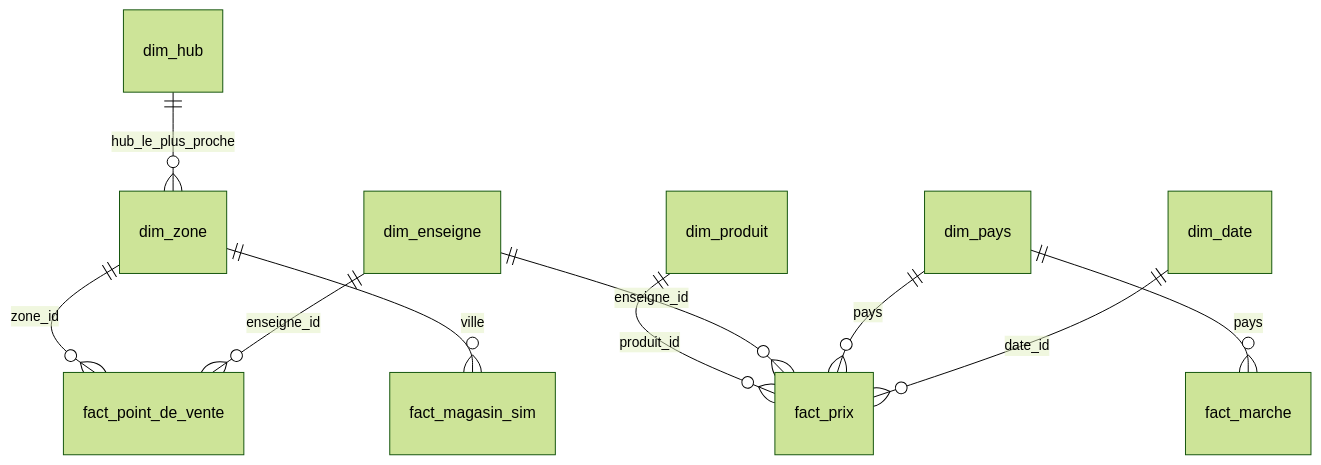
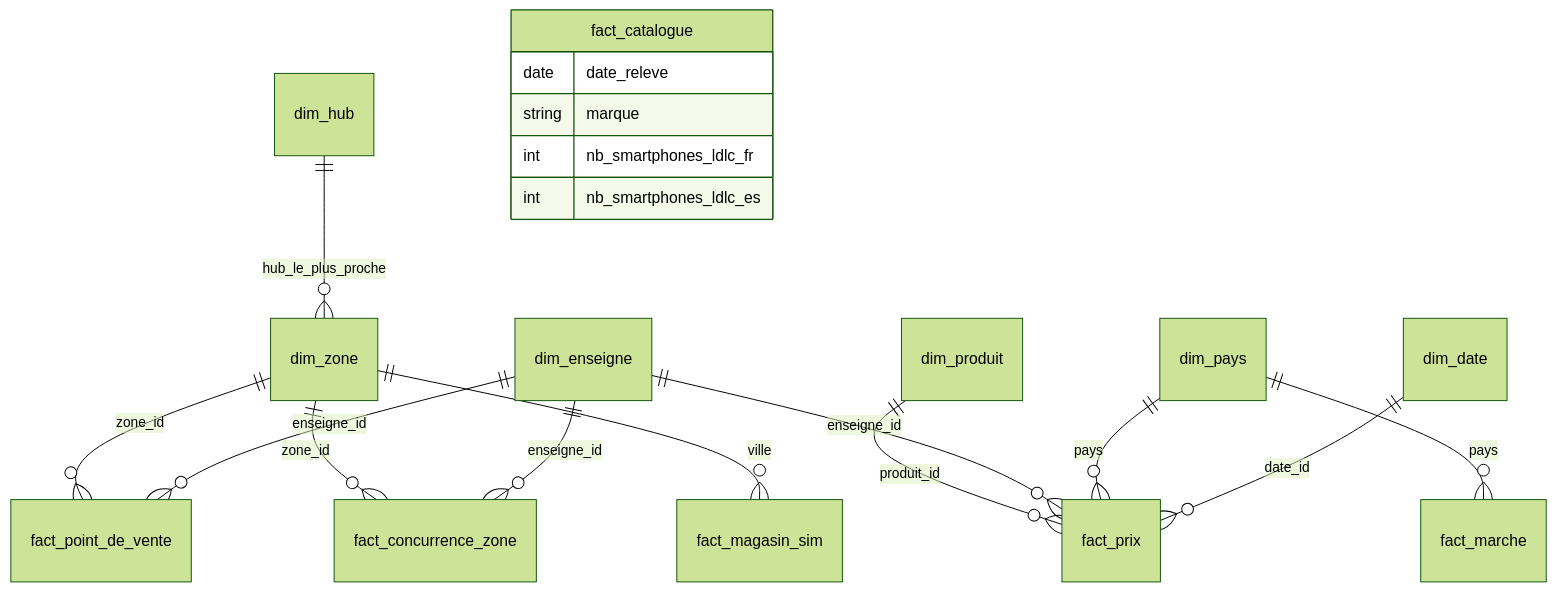
The diagram in docs/modele_donnees.md (Chab-algo/LDLC-data), drawn with Mermaid (forest theme) before and after one commit. The commit also changed other lines of this file, not shown here.

Commit message:
Modèle de données : correction du nom, ajout de fact_concurrence_zone et fact_catalogue au diagramme

````diff
--- a/docs/modele_donnees.md
+++ b/docs/modele_donnees.md
@@ -5,12 +5,20 @@
 ```mermaid
 erDiagram
   dim_produit ||--o{ fact_prix : produit_id
   dim_enseigne ||--o{ fact_prix : enseigne_id
   dim_pays ||--o{ fact_prix : pays
   dim_date ||--o{ fact_prix : date_id
   dim_zone ||--o{ fact_point_de_vente : zone_id
   dim_enseigne ||--o{ fact_point_de_vente : enseigne_id
+  dim_zone ||--o{ fact_concurrence_zone : zone_id
+  dim_enseigne ||--o{ fact_concurrence_zone : enseigne_id
   dim_hub ||--o{ dim_zone : hub_le_plus_proche
   dim_pays ||--o{ fact_marche : pays
   dim_zone ||--o{ fact_magasin_sim : ville
+  fact_catalogue {
+    date date_releve
+    string marque
+    int nb_smartphones_ldlc_fr
+    int nb_smartphones_ldlc_es
+  }
 ```
````
